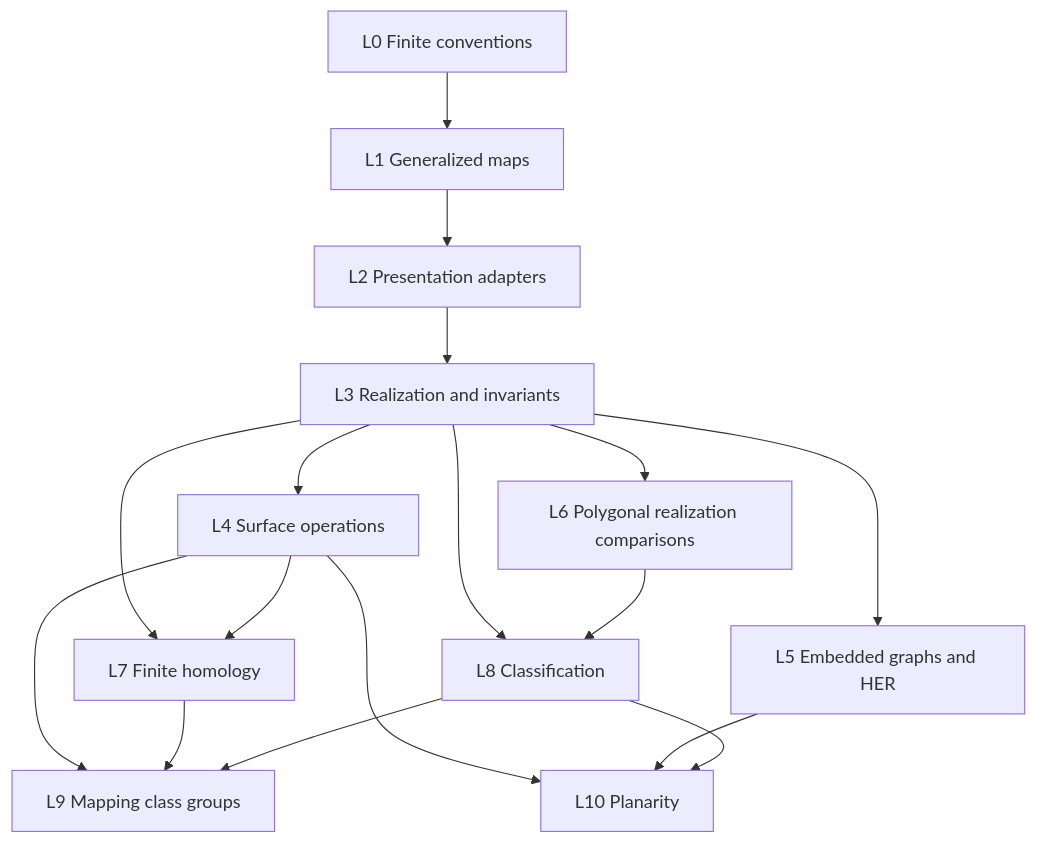
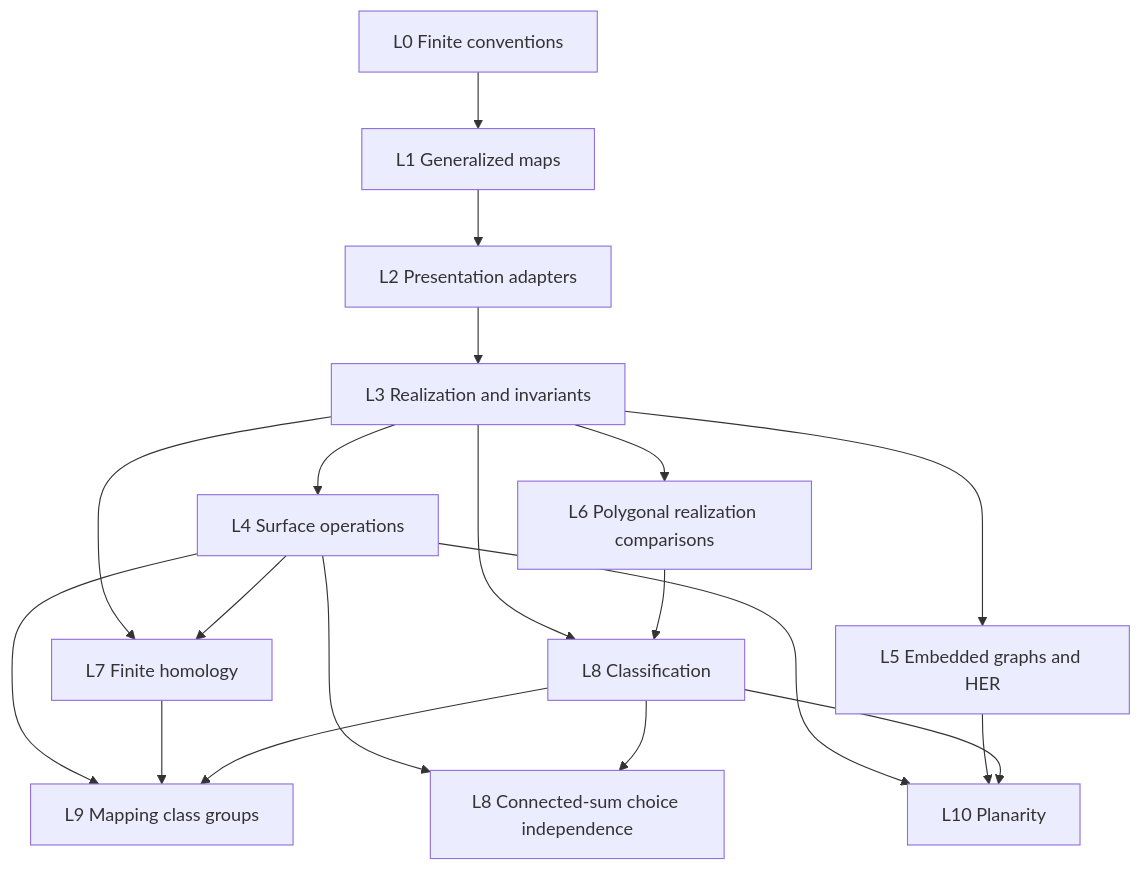
One commit to TauCetiProject/TauCetiRoadmap changed the diagram in TauCetiRoadmap/SurfaceTopology/README.md. Above: the diagram before and after it, drawn with Mermaid. The commit also changed other lines of this file and 2 other files, not shown here.

Commit message:
Specify connected-sum data and post-classification independence

````diff
--- a/TauCetiRoadmap/SurfaceTopology/README.md
+++ b/TauCetiRoadmap/SurfaceTopology/README.md
@@ -204,19 +204,21 @@
 ```mermaid
 flowchart TD
   L0["L0 Finite conventions"] --> L1["L1 Generalized maps"]
   L1 --> L2["L2 Presentation adapters"]
   L2 --> L3["L3 Realization and invariants"]
   L3 --> L4["L4 Surface operations"]
   L3 --> L5["L5 Embedded graphs and HER"]
   L3 --> L6["L6 Polygonal realization comparisons"]
   L3 --> L7["L7 Finite homology"]
   L4 --> L7
   L3 --> L8["L8 Classification"]
   L6 --> L8
+  L4 --> CS["L8 Connected-sum choice independence"]
+  L8 --> CS
   L4 --> L9["L9 Mapping class groups"]
   L7 --> L9
   L8 --> L9
   L4 --> L10["L10 Planarity"]
   L5 --> L10
   L8 --> L10
 ```
````
